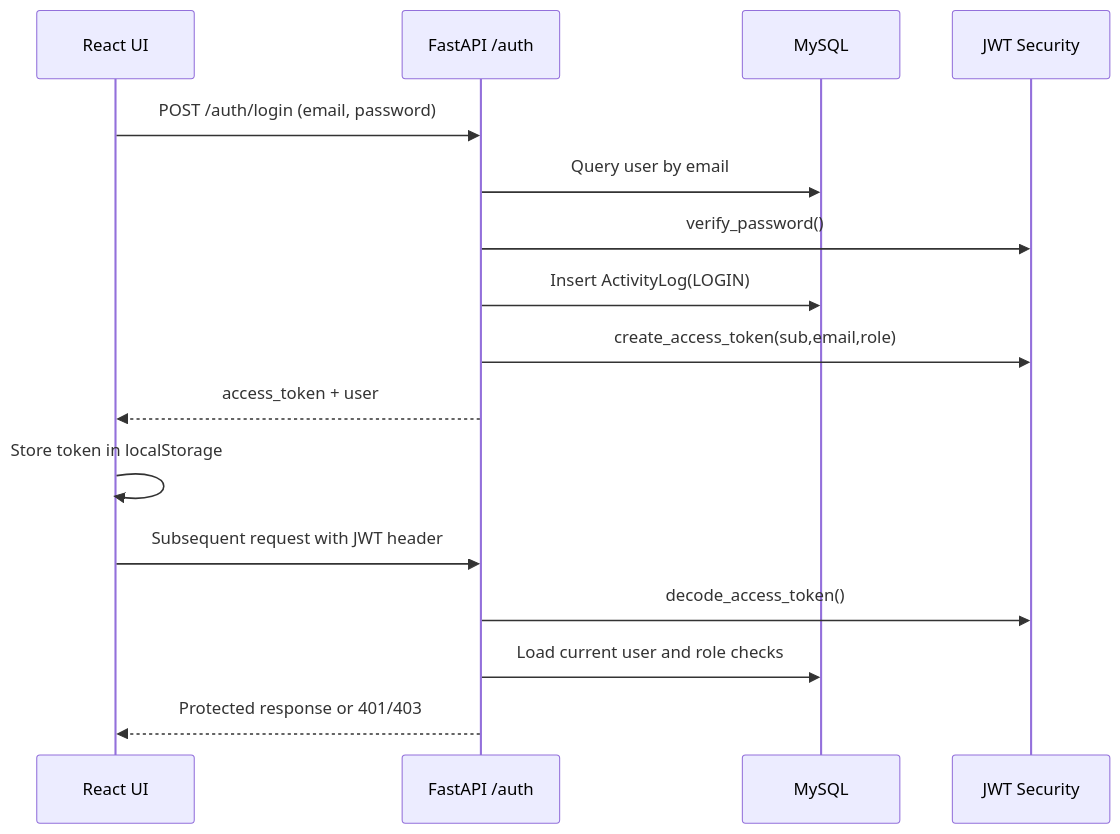
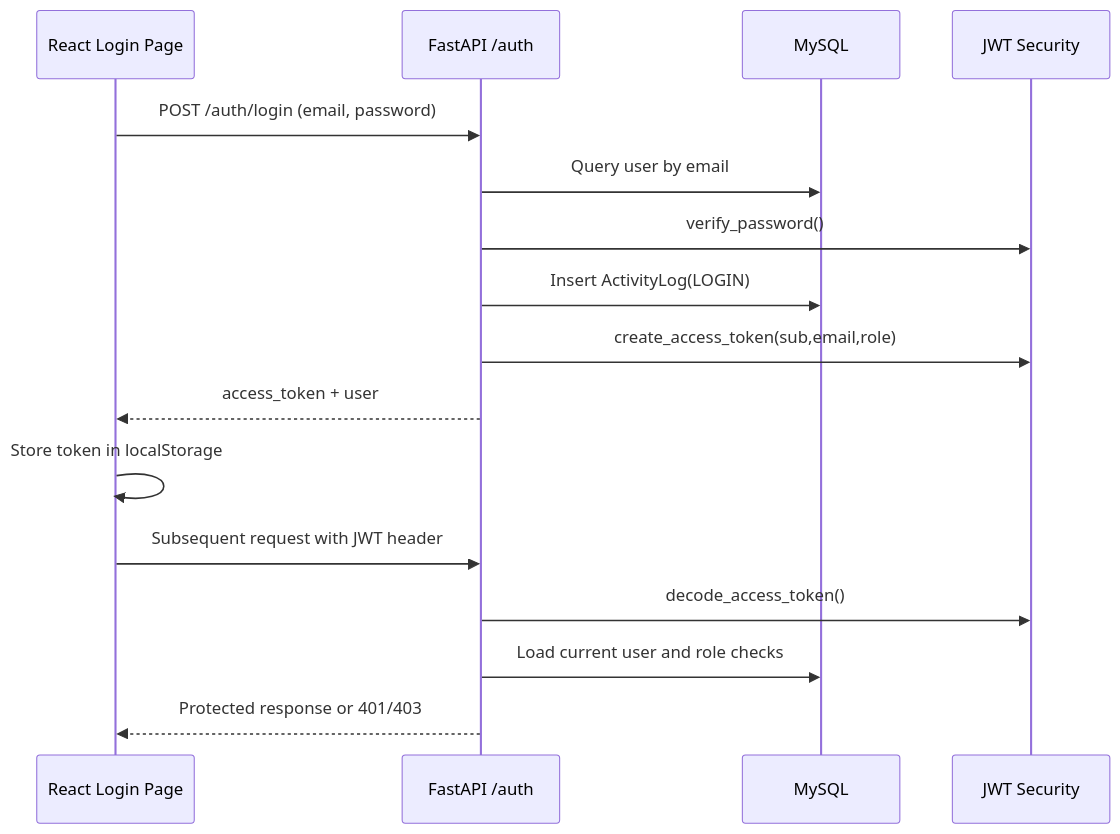
Before and after one commit to NikithaJoshy/ai_task_management: the first of 3 diagrams in docs/LLD.md, drawn with Mermaid. The commit also changed other lines of this file, not shown here.

````diff
--- a/docs/LLD.md
+++ b/docs/LLD.md
@@ -74,19 +79,19 @@
 ```mermaid
 sequenceDiagram
-  participant UI as React UI
+  participant UI as React Login Page
   participant API as FastAPI /auth
   participant DB as MySQL
   participant SEC as JWT Security
 
   UI->>API: POST /auth/login (email, password)
   API->>DB: Query user by email
   API->>SEC: verify_password()
   API->>DB: Insert ActivityLog(LOGIN)
   API->>SEC: create_access_token(sub,email,role)
   API-->>UI: access_token + user
   UI->>UI: Store token in localStorage
   UI->>API: Subsequent request with JWT header
   API->>SEC: decode_access_token()
   API->>DB: Load current user and role checks
   API-->>UI: Protected response or 401/403
 ```
````
